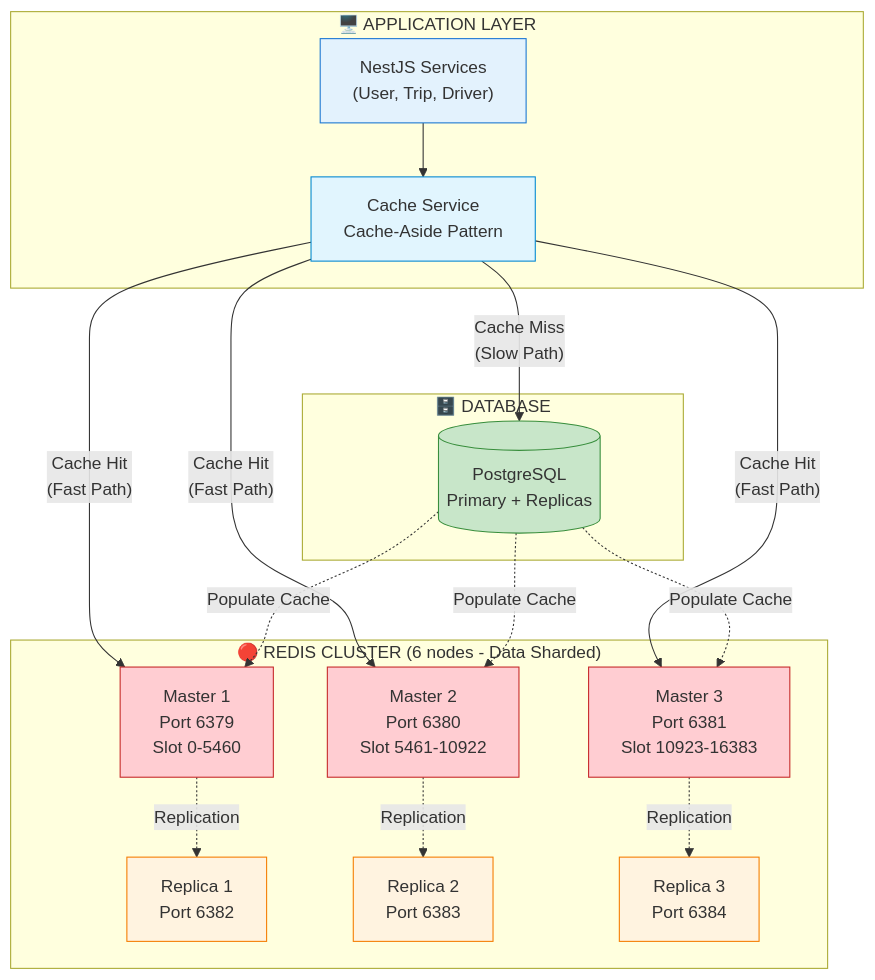
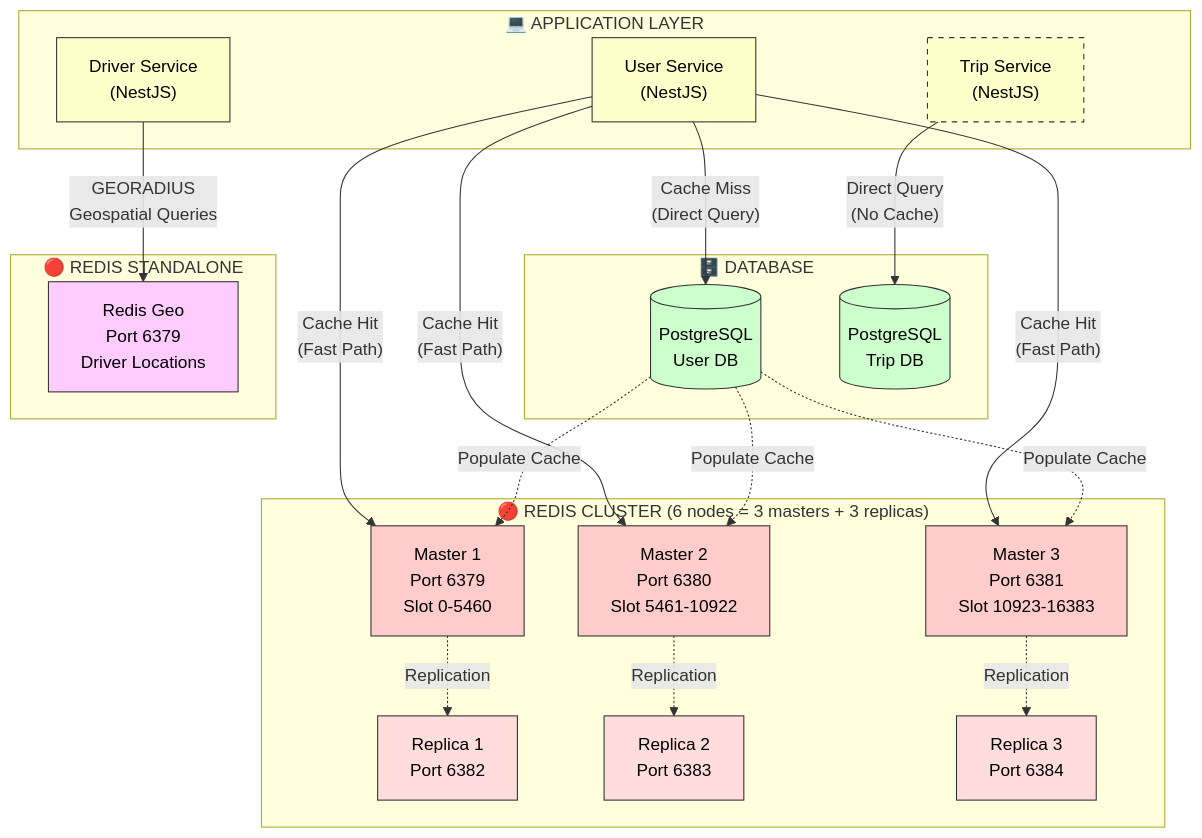
Before and after one commit to dieuxuanhien/uit-go-se360: the diagram in Deliverables/ADR/ADR-003-distributed-caching.md, drawn with Mermaid. The commit also changed other lines of this file, not shown here.

Commit message:
update adr 3

````diff
--- a/Deliverables/ADR/ADR-003-distributed-caching.md
+++ b/Deliverables/ADR/ADR-003-distributed-caching.md
@@ -139,44 +139,60 @@
 ```mermaid
-flowchart TB
-    subgraph App["🖥️ APPLICATION LAYER"]
-        NestJS["NestJS Services<br>(User, Trip, Driver)"]
-        CacheService["Cache Service<br>Cache-Aside Pattern"]
+graph TB
+    subgraph APP["💻 APPLICATION LAYER"]
+        US["User Service<br/>(NestJS)"]
+        TS["Trip Service<br/>(NestJS)"]
+        DS["Driver Service<br/>(NestJS)"]
     end
-    
-    subgraph RedisCluster["🔴 REDIS CLUSTER (6 nodes - Data Sharded)"]
-        M1["Master 1<br>Port 6379<br>Slot 0-5460"]
-        M2["Master 2<br>Port 6380<br>Slot 5461-10922"]
-        M3["Master 3<br>Port 6381<br>Slot 10923-16383"]
-        R1["Replica 1<br>Port 6382"]
-        R2["Replica 2<br>Port 6383"]
-        R3["Replica 3<br>Port 6384"]
-        
-        M1 -.->|Replication| R1
-        M2 -.->|Replication| R2
-        M3 -.->|Replication| R3
+
+    subgraph DB["🗄️ DATABASE"]
+        USDB[("PostgreSQL<br/>User DB")]
+        TSDB[("PostgreSQL<br/>Trip DB")]
     end
-    
-    subgraph DB["🗄️ DATABASE"]
-        PG[(PostgreSQL<br>Primary + Replicas)]
+
+    subgraph REDIS["🔴 REDIS CLUSTER (6 nodes = 3 masters + 3 replicas)"]
+        M1["Master 1<br/>Port 6379<br/>Slot 0-5460"]
+        M2["Master 2<br/>Port 6380<br/>Slot 5461-10922"]
+        M3["Master 3<br/>Port 6381<br/>Slot 10923-16383"]
+        R1["Replica 1<br/>Port 6382"]
+        R2["Replica 2<br/>Port 6383"]
+        R3["Replica 3<br/>Port 6384"]
     end
-    
-    NestJS --> CacheService
-    CacheService -->|"Cache Hit<br>(Fast Path)"| M1
-    CacheService -->|"Cache Hit<br>(Fast Path)"| M2
-    CacheService -->|"Cache Hit<br>(Fast Path)"| M3
-    
-    CacheService -->|"Cache Miss<br>(Slow Path)"| PG
-    PG -.->|"Populate Cache"| M1
-    PG -.->|"Populate Cache"| M2
-    PG -.->|"Populate Cache"| M3
-    
-    style NestJS fill:#e3f2fd,stroke:#1976d2
-    style CacheService fill:#e1f5fe,stroke:#0288d1
-    style M1 fill:#ffcdd2,stroke:#c62828
-    style M2 fill:#ffcdd2,stroke:#c62828
-    style M3 fill:#ffcdd2,stroke:#c62828
-    style R1 fill:#fff3e0,stroke:#f57c00
-    style R2 fill:#fff3e0,stroke:#f57c00
-    style R3 fill:#fff3e0,stroke:#f57c00
-    style PG fill:#c8e6c9,stroke:#388e3c
+
+    subgraph REDIS_STANDALONE["🔴 REDIS STANDALONE"]
+        REDIS_GEO["Redis Geo<br/>Port 6379<br/>Driver Locations"]
+    end
+
+    %% User Service flows
+    US -->|"Cache Hit<br/>(Fast Path)"| M1
+    US -->|"Cache Hit<br/>(Fast Path)"| M2
+    US -->|"Cache Hit<br/>(Fast Path)"| M3
+    US -->|"Cache Miss<br/>(Direct Query)"| USDB
+    USDB -.->|"Populate Cache"| M1
+    USDB -.->|"Populate Cache"| M2
+    USDB -.->|"Populate Cache"| M3
+
+    %% Trip Service (No Cache)
+    TS -->|"Direct Query<br/>(No Cache)"| TSDB
+
+    %% Driver Service (Standalone Redis)
+    DS -->|"GEORADIUS<br/>Geospatial Queries"| REDIS_GEO
+
+    %% Redis Cluster Replication
+    M1 -.->|Replication| R1
+    M2 -.->|Replication| R2
+    M3 -.->|Replication| R3
+
+    %% Styling
+    style US fill:#ffc,stroke:#333,color:#000
+    style TS fill:#ffc,stroke:#333,stroke-dasharray: 5 5,color:#000
+    style DS fill:#ffc,stroke:#333,color:#000
+    style USDB fill:#cfc,stroke:#333,color:#000
+    style TSDB fill:#cfc,stroke:#333,color:#000
+    style M1 fill:#fcc,stroke:#333,color:#000
+    style M2 fill:#fcc,stroke:#333,color:#000
+    style M3 fill:#fcc,stroke:#333,color:#000
+    style R1 fill:#fdd,stroke:#333,color:#000
+    style R2 fill:#fdd,stroke:#333,color:#000
+    style R3 fill:#fdd,stroke:#333,color:#000
+    style REDIS_GEO fill:#fcf,stroke:#333,color:#000
 ```
````
